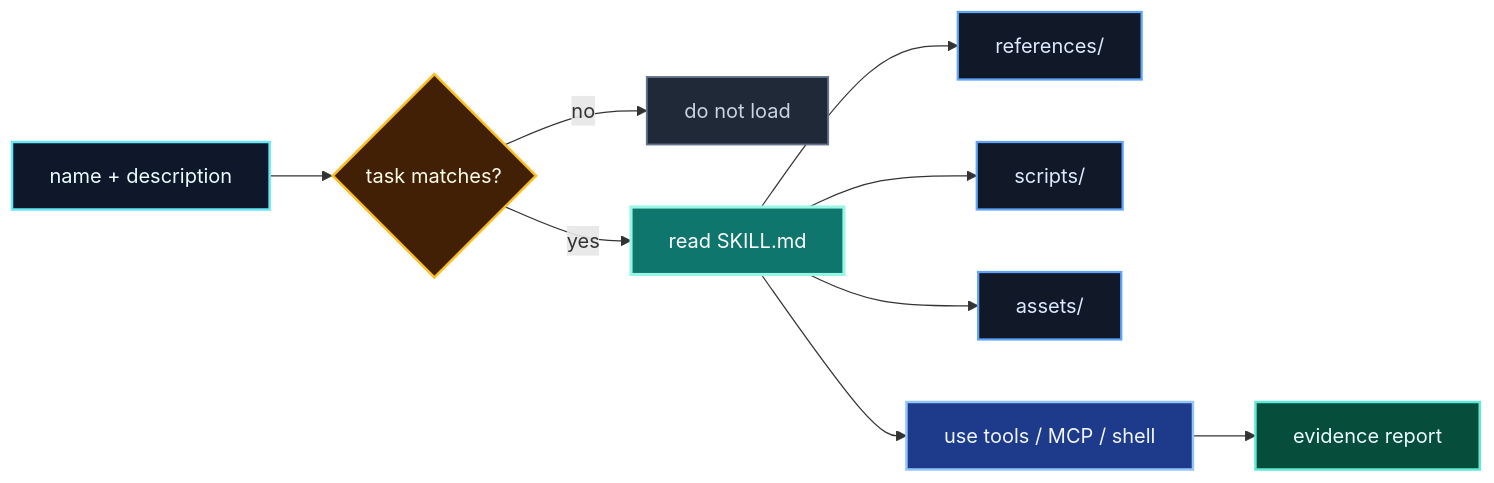
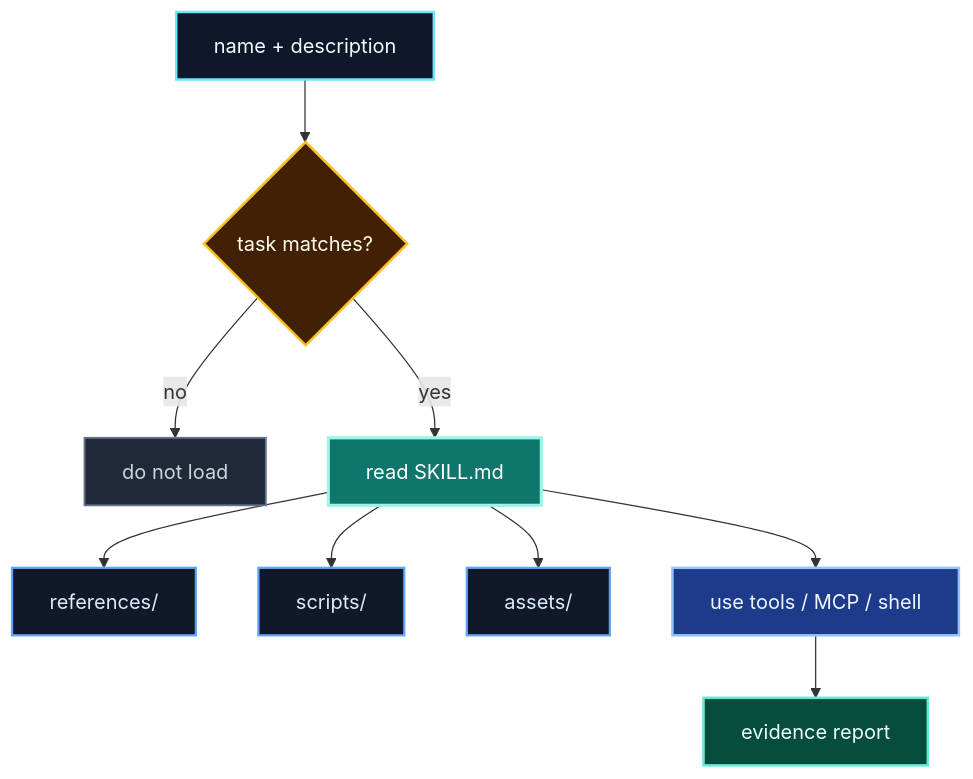
One commit to koalav/present-anyything changed diagram 14 of 16 in docs/ai-agent-effective-use/mermaid-diagrams.md. Above: the diagram before and after it, drawn with Mermaid. The commit also changed other lines of this file and 26 other files, not shown here.

````diff
--- a/docs/ai-agent-effective-use/mermaid-diagrams.md
+++ b/docs/ai-agent-effective-use/mermaid-diagrams.md
@@ -281,18 +275,18 @@
 ```mermaid
-flowchart LR
+flowchart TB
   Catalog["name + description"]:::catalog --> Match{"task matches?"}:::decision
   Match -->|no| Skip["do not load"]:::muted
   Match -->|yes| Skill["read SKILL.md"]:::skill
   Skill --> Refs["references/"]:::file
   Skill --> Scripts["scripts/"]:::file
   Skill --> Assets["assets/"]:::file
   Skill --> Tools["use tools / MCP / shell"]:::tool
   Tools --> Evidence["evidence report"]:::success
   classDef catalog fill:#0f172a,stroke:#67e8f9,color:#ecfeff,stroke-width:2px;
   classDef decision fill:#422006,stroke:#fbbf24,color:#fffbeb,stroke-width:2px;
   classDef muted fill:#1f2937,stroke:#64748b,color:#cbd5e1,stroke-width:1.5px;
   classDef skill fill:#0f766e,stroke:#99f6e4,color:#ffffff,stroke-width:2.5px;
   classDef file fill:#111827,stroke:#60a5fa,color:#dbeafe,stroke-width:1.8px;
   classDef tool fill:#1e3a8a,stroke:#93c5fd,color:#eff6ff,stroke-width:2px;
   classDef success fill:#064e3b,stroke:#5eead4,color:#ecfeff,stroke-width:2px;
 ```
````
